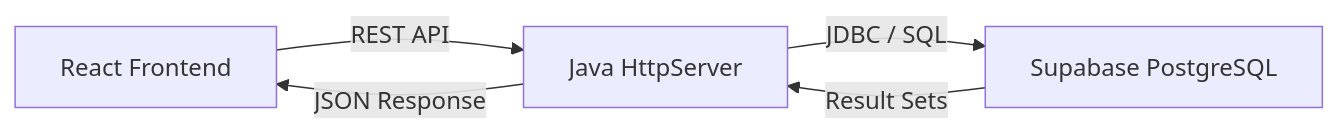
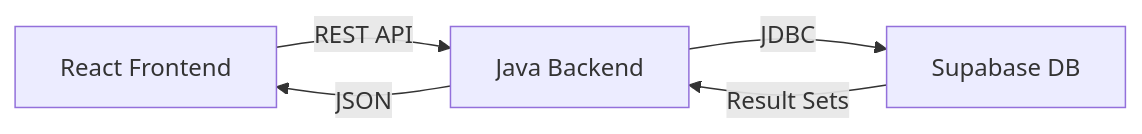
One commit to 123AmaanHussain/LMS_portal changed the diagram in README.md. Above: the diagram before and after it, drawn with Mermaid. The commit also changed other lines of this file and 1 other file, not shown here.

````diff
--- a/README.md
+++ b/README.md
@@ -33,7 +45,7 @@
 ```mermaid
 graph LR
-  A[React Frontend] -->|REST API| B[Java HttpServer]
-  B -->|JDBC / SQL| C[Supabase PostgreSQL]
+  A[React Frontend] -->|REST API| B[Java Backend]
+  B -->|JDBC| C[Supabase DB]
   C -->|Result Sets| B
-  B -->|JSON Response| A
+  B -->|JSON| A
 ```
````
